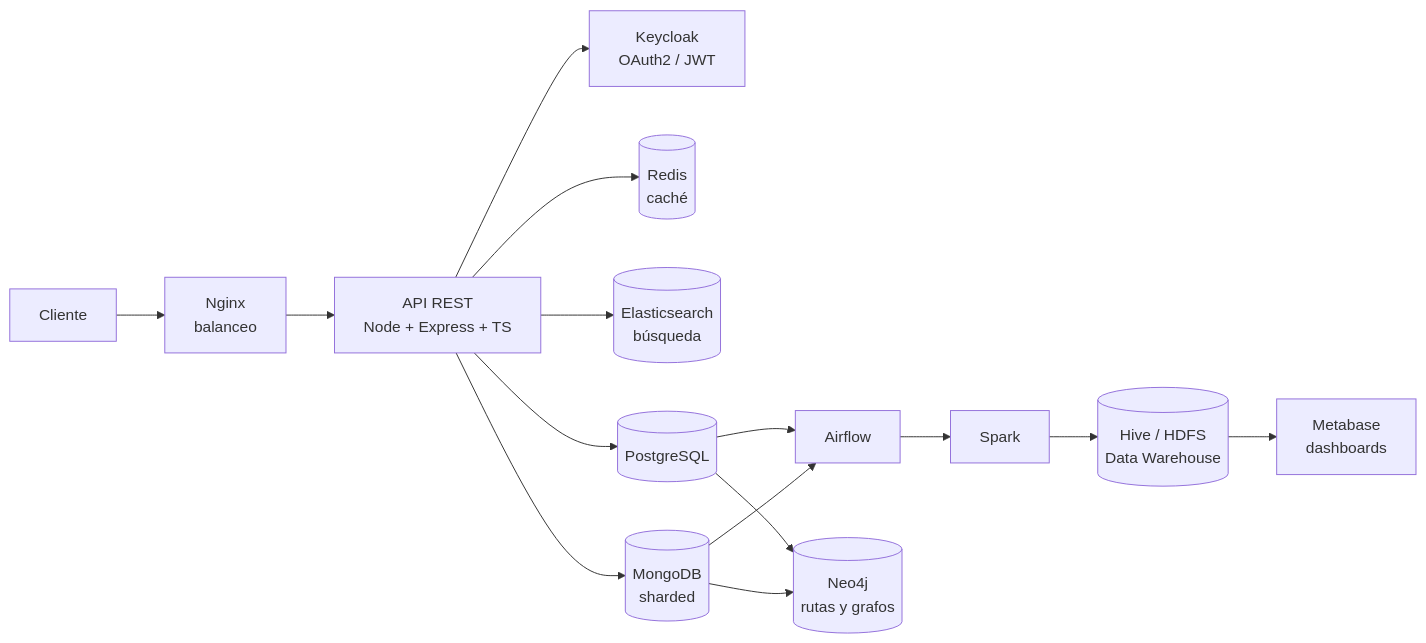
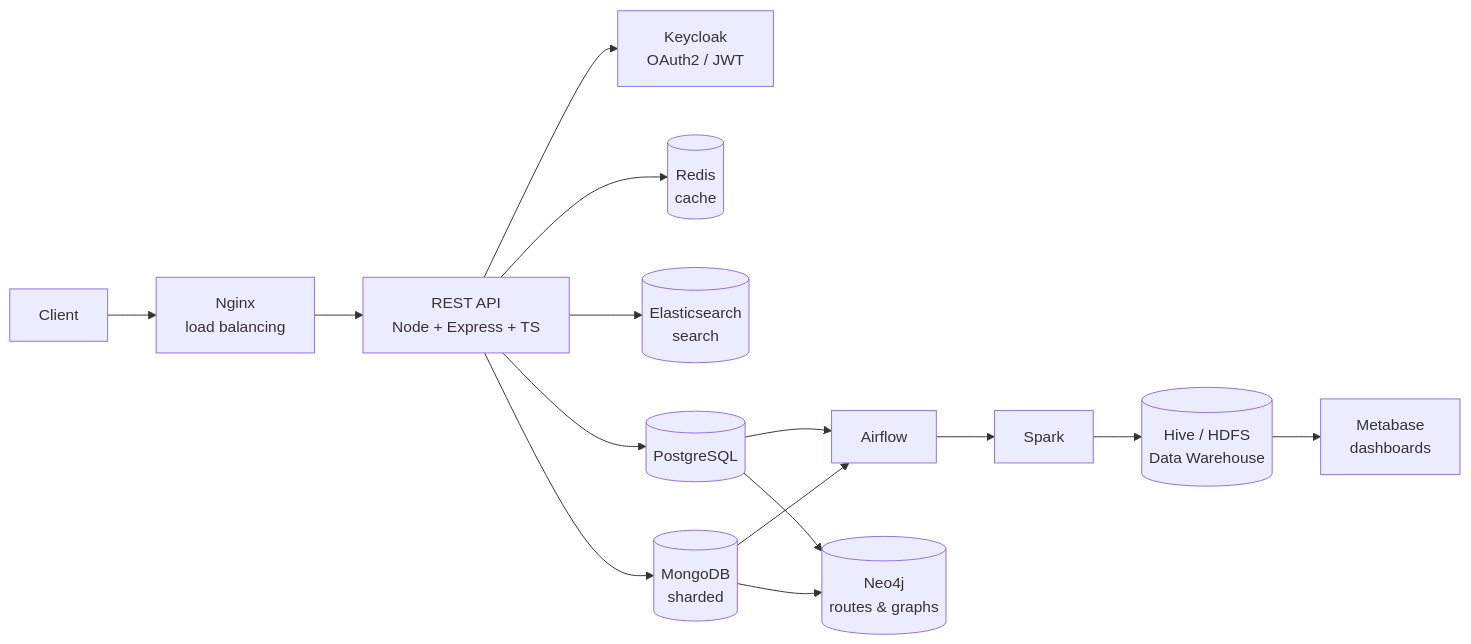
Before and after one commit to sebro08/sebro08: the first of 3 diagrams in README.md, drawn with Mermaid. The commit also changed other lines of this file and 6 other files, not shown here.

````diff
--- a/README.md
+++ b/README.md
@@ -20,15 +22,15 @@
 ```mermaid
 flowchart LR
-    C[Cliente] --> N[Nginx<br/>balanceo]
-    N --> A[API REST<br/>Node + Express + TS]
+    C[Client] --> N[Nginx<br/>load balancing]
+    N --> A[REST API<br/>Node + Express + TS]
     A --> K[Keycloak<br/>OAuth2 / JWT]
-    A --> R[(Redis<br/>caché)]
-    A --> E[(Elasticsearch<br/>búsqueda)]
+    A --> R[(Redis<br/>cache)]
+    A --> E[(Elasticsearch<br/>search)]
     A --> P[(PostgreSQL)]
     A --> M[(MongoDB<br/>sharded)]
     P & M --> AF[Airflow]
     AF --> S[Spark]
     S --> H[(Hive / HDFS<br/>Data Warehouse)]
     H --> MB[Metabase<br/>dashboards]
-    P & M --> G[(Neo4j<br/>rutas y grafos)]
+    P & M --> G[(Neo4j<br/>routes & graphs)]
 ```
````
